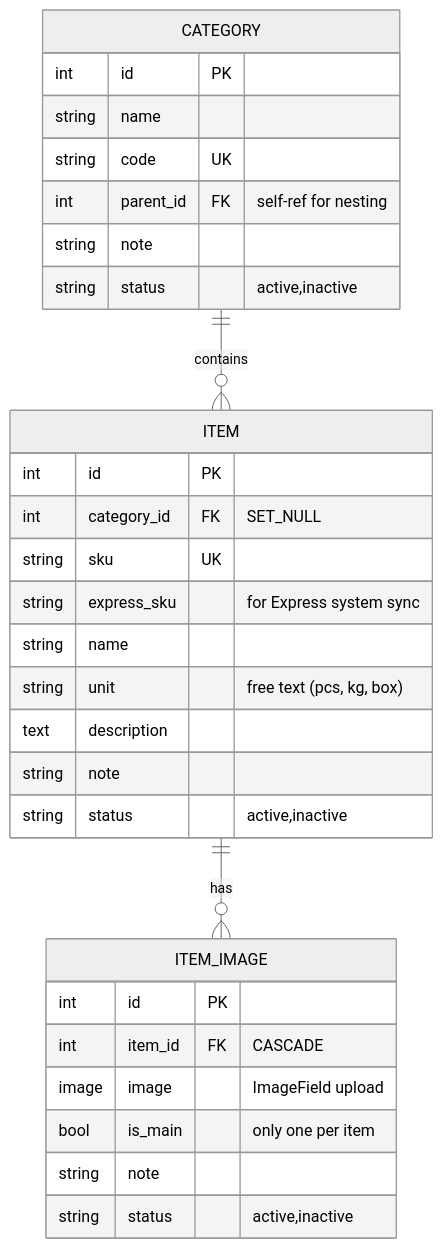
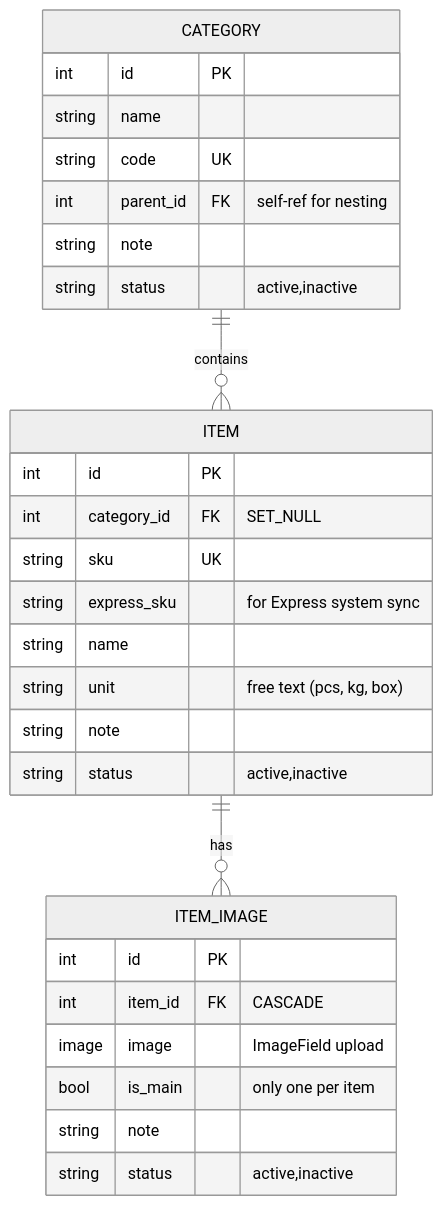
The diagram in django/catalog/docs/ERD.md (lockdoor/tj_inventory), drawn with Mermaid (neutral theme) before and after one commit. The commit also changed 18 other files, not shown here.

````diff
--- a/django/catalog/docs/ERD.md
+++ b/django/catalog/docs/ERD.md
@@ -1,36 +1,35 @@
 ```mermaid
 erDiagram
 
     CATEGORY {
         int id PK
         string name
         string code UK
         int parent_id FK "self-ref for nesting"
         string note
         string status "active,inactive"
     }
 
     ITEM {
         int id PK
         int category_id FK "SET_NULL"
         string sku UK
         string express_sku "for Express system sync"
         string name
         string unit "free text (pcs, kg, box)"
-        text description
         string note
         string status "active,inactive"
     }
 
     ITEM_IMAGE {
         int id PK
         int item_id FK "CASCADE"
         image image "ImageField upload"
         bool is_main "only one per item"
         string note
         string status "active,inactive"
     }
 
     CATEGORY ||--o{ ITEM : "contains"
     ITEM ||--o{ ITEM_IMAGE : "has"
 ```
````
